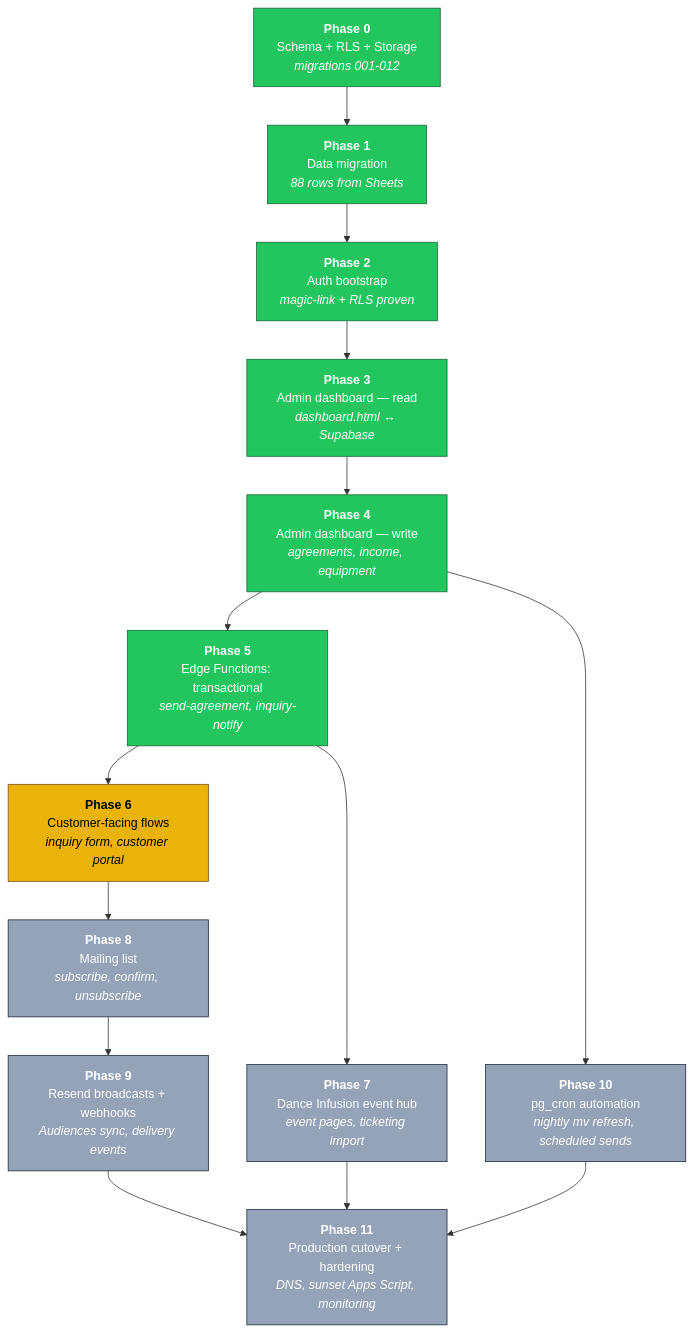
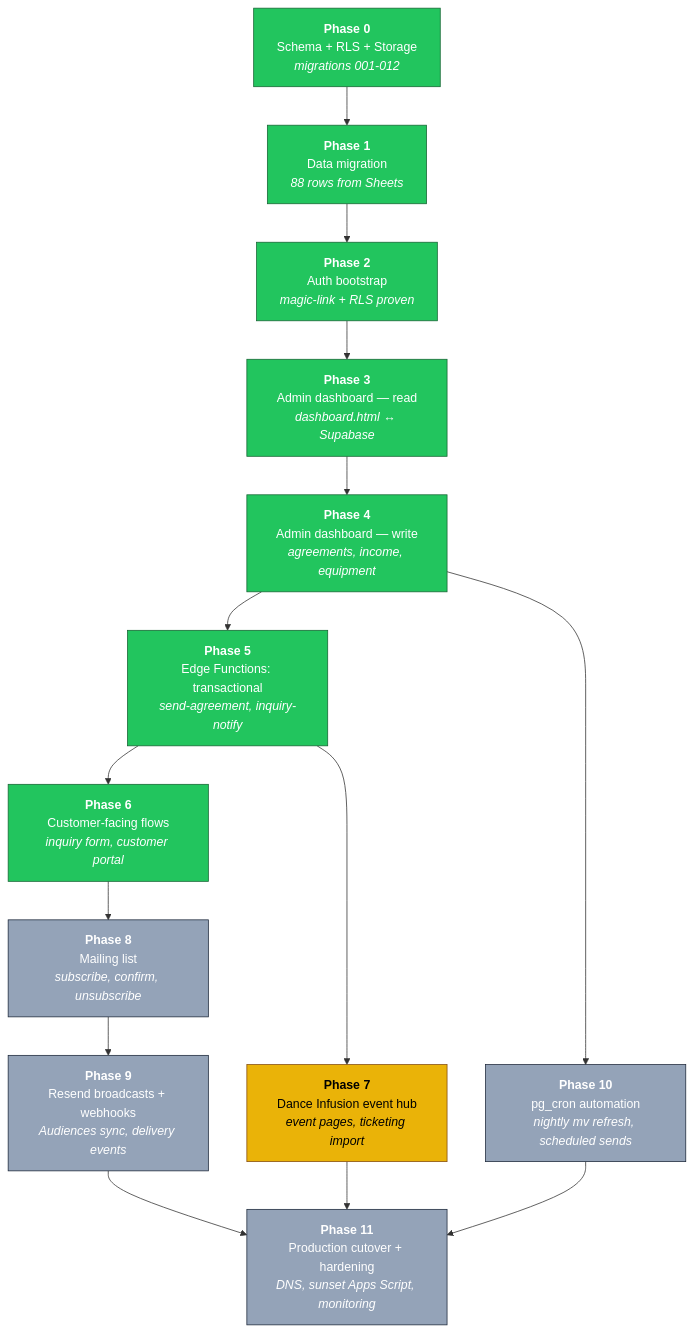
One commit to Berkythe4/comewith changed the first of 2 diagrams in ROADMAP.md. Above: the diagram before and after it, drawn with Mermaid. The commit also changed other lines of this file and 1 other file, not shown here.

Commit message:
Phase 6 close: update roadmap status (P6 done, P7 next)

````diff
--- a/ROADMAP.md
+++ b/ROADMAP.md
@@ -21,33 +21,33 @@
 ```mermaid
 flowchart TD
     classDef done fill:#22c55e,stroke:#166534,color:#fff
     classDef next fill:#eab308,stroke:#854d0e,color:#000
     classDef planned fill:#94a3b8,stroke:#1e293b,color:#fff
 
     P0["<b>Phase 0</b><br/>Schema + RLS + Storage<br/><i>migrations 001-012</i>"]
     P1["<b>Phase 1</b><br/>Data migration<br/><i>88 rows from Sheets</i>"]
     P2["<b>Phase 2</b><br/>Auth bootstrap<br/><i>magic-link + RLS proven</i>"]
     P3["<b>Phase 3</b><br/>Admin dashboard — read<br/><i>dashboard.html ↔ Supabase</i>"]
     P4["<b>Phase 4</b><br/>Admin dashboard — write<br/><i>agreements, income, equipment</i>"]
     P5["<b>Phase 5</b><br/>Edge Functions: transactional<br/><i>send-agreement, inquiry-notify</i>"]
     P6["<b>Phase 6</b><br/>Customer-facing flows<br/><i>inquiry form, customer portal</i>"]
     P7["<b>Phase 7</b><br/>Dance Infusion event hub<br/><i>event pages, ticketing import</i>"]
     P8["<b>Phase 8</b><br/>Mailing list<br/><i>subscribe, confirm, unsubscribe</i>"]
     P9["<b>Phase 9</b><br/>Resend broadcasts + webhooks<br/><i>Audiences sync, delivery events</i>"]
     P10["<b>Phase 10</b><br/>pg_cron automation<br/><i>nightly mv refresh, scheduled sends</i>"]
     P11["<b>Phase 11</b><br/>Production cutover + hardening<br/><i>DNS, sunset Apps Script, monitoring</i>"]
 
     P0 --> P1 --> P2 --> P3 --> P4 --> P5
     P5 --> P6
     P5 --> P7
     P6 --> P8
     P8 --> P9
     P4 --> P10
     P9 --> P11
     P10 --> P11
     P7 --> P11
 
-    class P0,P1,P2,P3,P4,P5 done
-    class P6 next
-    class P7,P8,P9,P10,P11 planned
+    class P0,P1,P2,P3,P4,P5,P6 done
+    class P7 next
+    class P8,P9,P10,P11 planned
 ```
````
